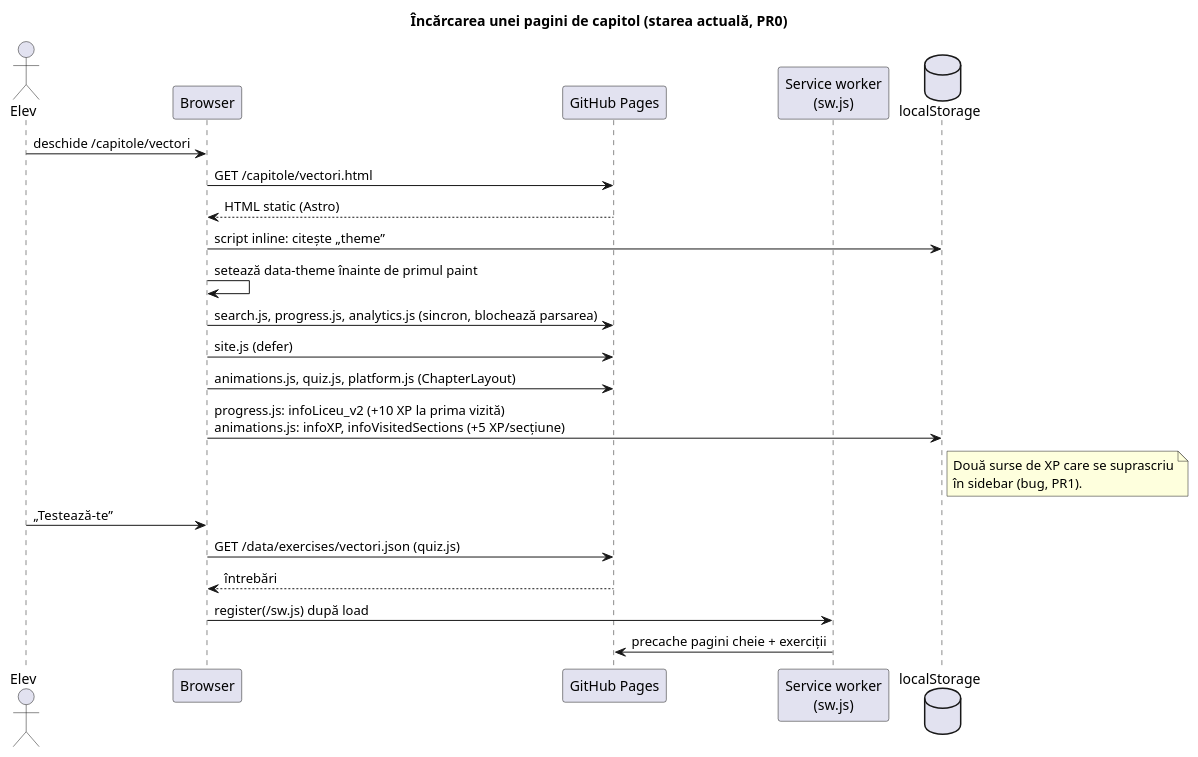
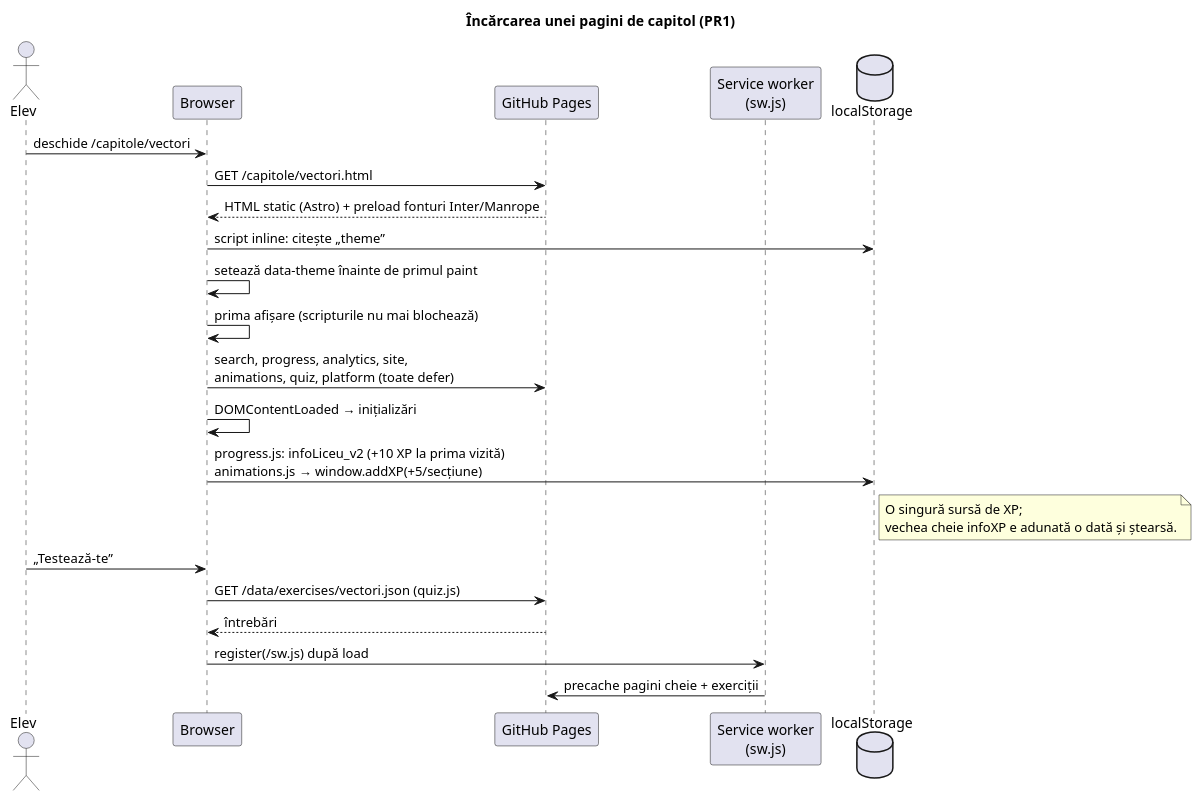
One commit to cristi197/Complexitate-Algoritmi changed the diagram in astro-legacy/docs/architecture/diagrams/page-load.puml. Above: the diagram before and after it, drawn with PlantUML. The commit also changed 54 other files, not shown here.

First line of the commit message:
PR1: frontend bug fixes - accessibility (WCAG AA on all tool pages), deferred scripts, font preload/fallback, SRI, debug-live XSS + matrix input, honest clipboard feedback, single XP source, OG image, noindex test page

```diff
--- a/astro-legacy/docs/architecture/diagrams/page-load.puml
+++ b/astro-legacy/docs/architecture/diagrams/page-load.puml
@@ -1,28 +1,28 @@
 @startuml page-load
-title Încărcarea unei pagini de capitol (starea actuală, PR0)
+title Încărcarea unei pagini de capitol (PR1)
 
 actor Elev
 participant "Browser" as B
 participant "GitHub Pages" as P
 participant "Service worker\n(sw.js)" as SW
 database "localStorage" as LS
 
 Elev -> B : deschide /capitole/vectori
 B -> P : GET /capitole/vectori.html
-P --> B : HTML static (Astro)
+P --> B : HTML static (Astro) + preload fonturi Inter/Manrope
 B -> LS : script inline: citește „theme”
 B -> B : setează data-theme înainte de primul paint
-B -> P : search.js, progress.js, analytics.js (sincron, blochează parsarea)
-B -> P : site.js (defer)
-B -> P : animations.js, quiz.js, platform.js (ChapterLayout)
-B -> LS : progress.js: infoLiceu_v2 (+10 XP la prima vizită)\nanimations.js: infoXP, infoVisitedSections (+5 XP/secțiune)
+B -> B : prima afișare (scripturile nu mai blochează)
+B -> P : search, progress, analytics, site,\nanimations, quiz, platform (toate defer)
+B -> B : DOMContentLoaded → inițializări
+B -> LS : progress.js: infoLiceu_v2 (+10 XP la prima vizită)\nanimations.js → window.addXP(+5/secțiune)
 note right of LS
-  Două surse de XP care se suprascriu
-  în sidebar (bug, PR1).
+  O singură sursă de XP;
+  vechea cheie infoXP e adunată o dată și ștearsă.
 end note
 Elev -> B : „Testează-te”
 B -> P : GET /data/exercises/vectori.json (quiz.js)
 P --> B : întrebări
 B -> SW : register(/sw.js) după load
 SW -> P : precache pagini cheie + exerciții
 @enduml
```
